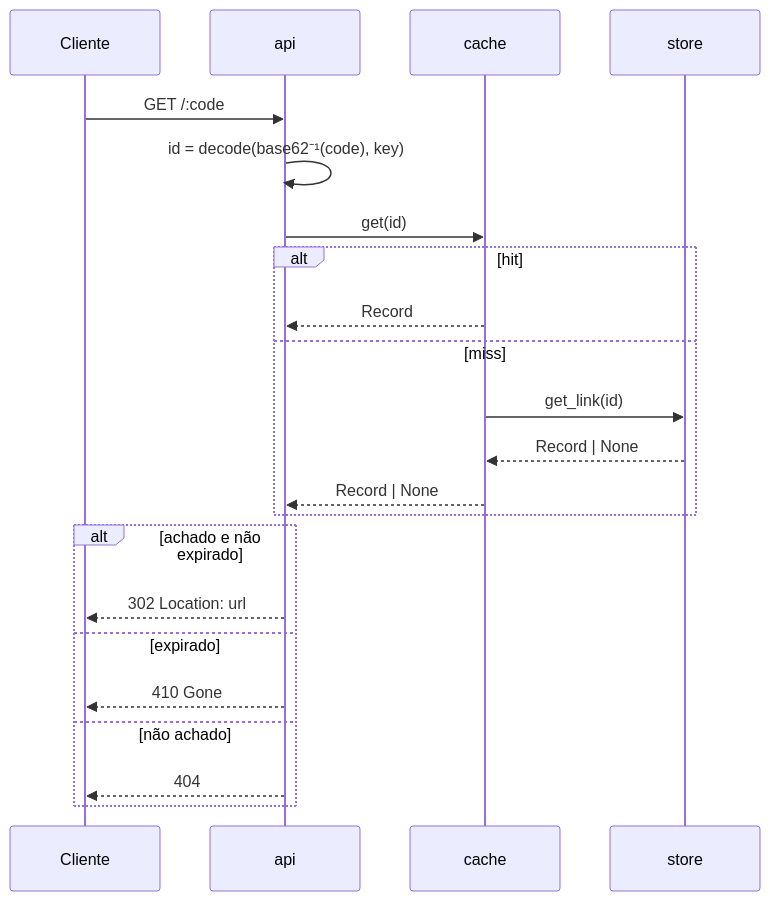
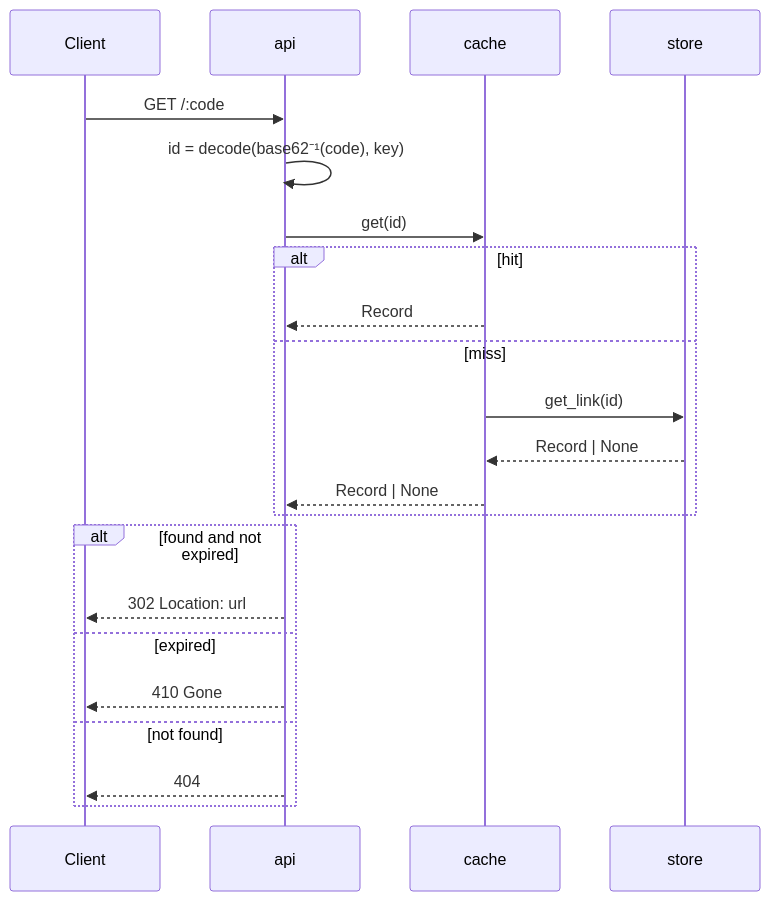
One commit to lucasolopes/quark changed the second of 3 diagrams in README.md. Above: the diagram before and after it, drawn with Mermaid. The commit also changed other lines of this file and 15 other files, not shown here.

````diff
--- a/README.md
+++ b/README.md
@@ -42,24 +44,24 @@
 ```mermaid
 sequenceDiagram
-    participant Cli as Cliente
+    participant Cli as Client
     participant Api as api
     participant Ca as cache
     participant St as store
     Cli->>Api: GET /:code
     Api->>Api: id = decode(base62⁻¹(code), key)
     Api->>Ca: get(id)
     alt hit
         Ca-->>Api: Record
     else miss
         Ca->>St: get_link(id)
         St-->>Ca: Record | None
         Ca-->>Api: Record | None
     end
-    alt achado e não expirado
+    alt found and not expired
         Api-->>Cli: 302 Location: url
-    else expirado
+    else expired
         Api-->>Cli: 410 Gone
-    else não achado
+    else not found
         Api-->>Cli: 404
     end
 ```
````
